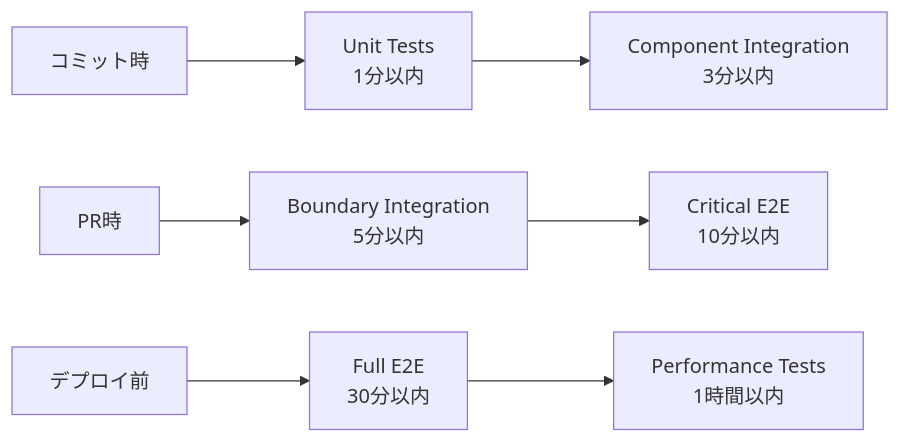
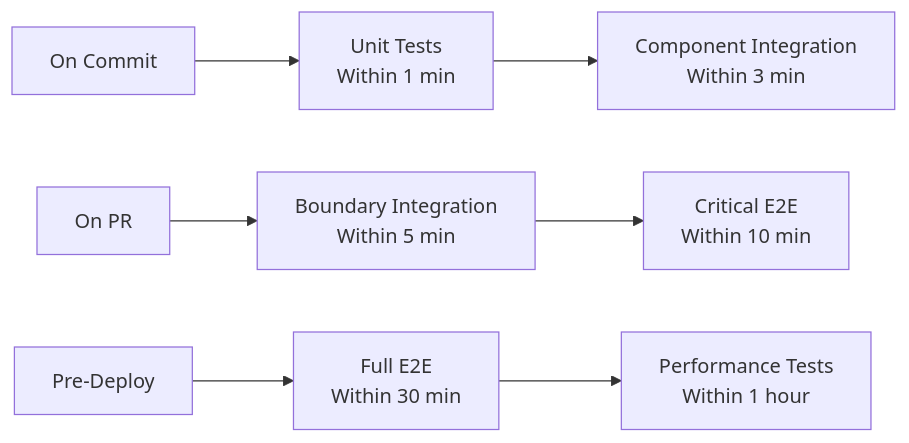
The third of 3 diagrams in docs/ai-chat-driven-development-guide.md (itdojp/RigorFlow), drawn with Mermaid before and after one commit. The commit also changed other lines of this file and 15 other files, not shown here.

````diff
--- a/docs/ai-chat-driven-development-guide.md
+++ b/docs/ai-chat-driven-development-guide.md
@@ -572,11 +564,11 @@
 ```mermaid
 graph LR
-    A[コミット時] --> B[Unit Tests<br/>1分以内]
-    B --> C[Component Integration<br/>3分以内]
+    A[On Commit] --> B[Unit Tests<br/>Within 1 min]
+    B --> C[Component Integration<br/>Within 3 min]
     
-    D[PR時] --> E[Boundary Integration<br/>5分以内]
-    E --> F[Critical E2E<br/>10分以内]
+    D[On PR] --> E[Boundary Integration<br/>Within 5 min]
+    E --> F[Critical E2E<br/>Within 10 min]
     
-    G[デプロイ前] --> H[Full E2E<br/>30分以内]
-    H --> I[Performance Tests<br/>1時間以内]
+    G[Pre-Deploy] --> H[Full E2E<br/>Within 30 min]
+    H --> I[Performance Tests<br/>Within 1 hour]
 ```
````
